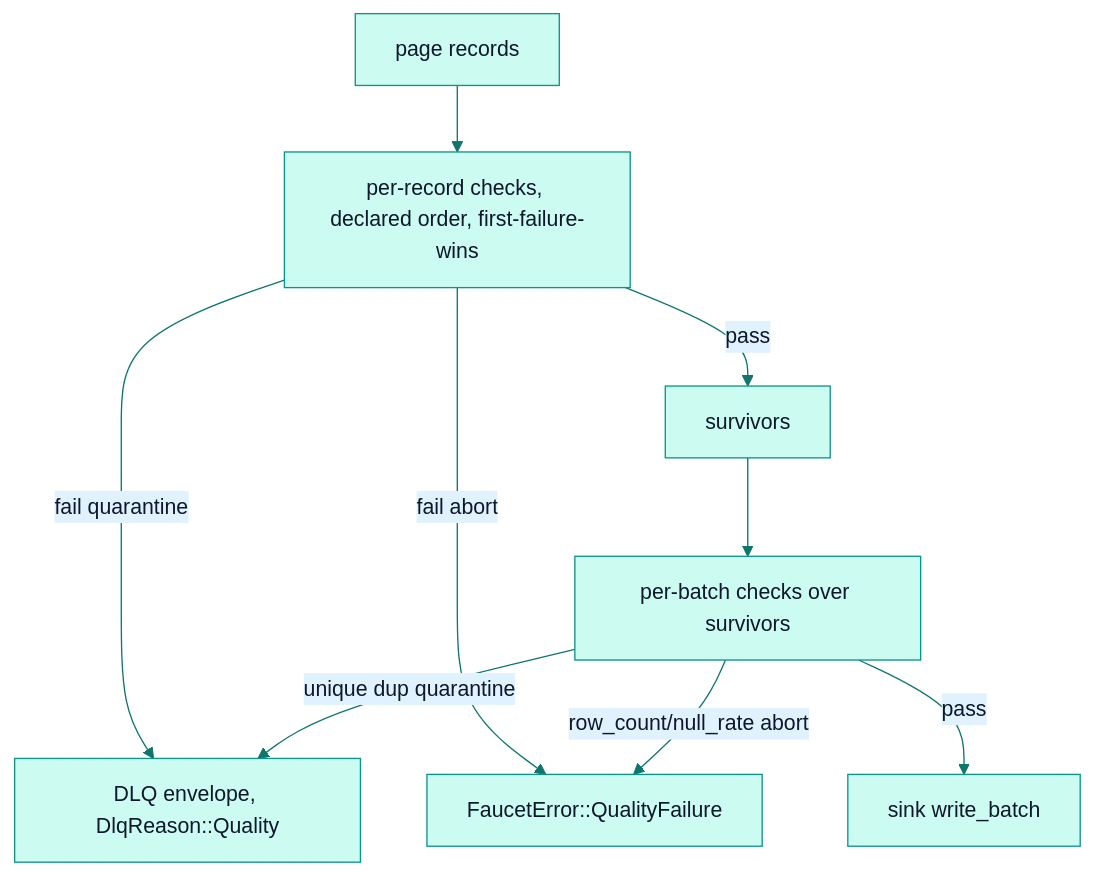
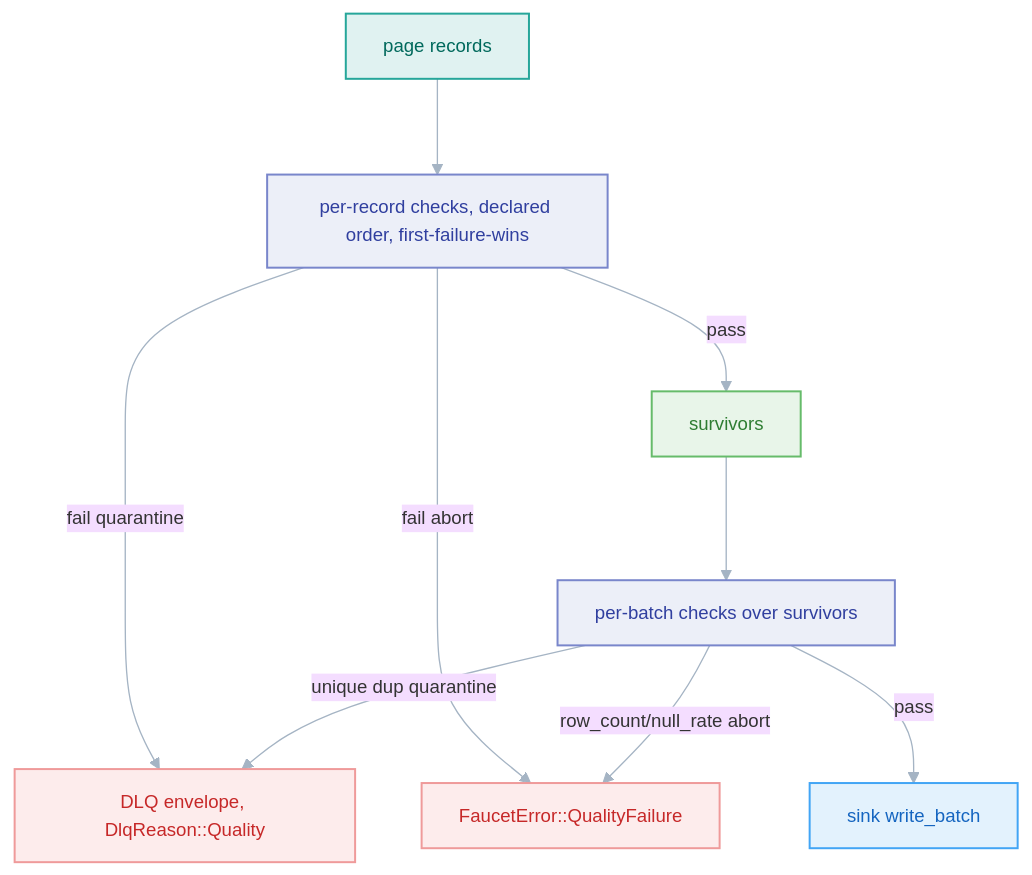
The diagram in docs/architecture/quality.md (PawanSikawat/faucet-stream), drawn with Mermaid before and after one commit. The commit also changed 28 other files, not shown here.

First line of the commit message:
docs: upgrade Mermaid diagrams to V2 role-coded style

````diff
--- a/docs/architecture/quality.md
+++ b/docs/architecture/quality.md
@@ -36,12 +36,22 @@
 ```mermaid
-%%{init: {'theme':'base','themeVariables':{'primaryColor':'#ccfbf1','primaryTextColor':'#0f172a','primaryBorderColor':'#0d9488','lineColor':'#0f766e','secondaryColor':'#e0f2fe','tertiaryColor':'#f0fdfa','fontFamily':'-apple-system,BlinkMacSystemFont,Segoe UI,sans-serif'}}}%%
+%%{init: {'theme':'base','flowchart':{'curve':'basis','nodeSpacing':50,'rankSpacing':72,'padding':14},'themeVariables':{'fontFamily':'-apple-system,BlinkMacSystemFont,Segoe UI,sans-serif','fontSize':'14px','lineColor':'#a5b4c4','clusterBkg':'#f8fafc','clusterBorder':'#e2e8f0'}}}%%
 flowchart TD
     PG[page records] --> RC[per-record checks, declared order, first-failure-wins]
     RC -->|pass| SUR[survivors]
     RC -->|fail quarantine| DLQ[DLQ envelope, DlqReason::Quality]
     RC -->|fail abort| ERR[FaucetError::QualityFailure]
     SUR --> BC[per-batch checks over survivors]
     BC -->|unique dup quarantine| DLQ
     BC -->|row_count/null_rate abort| ERR
     BC -->|pass| WR[sink write_batch]
+    classDef src fill:#e0f2f1,stroke:#26a69a,stroke-width:1.5px,color:#00695c
+    classDef proc fill:#eceff8,stroke:#7986cb,stroke-width:1.5px,color:#303f9f
+    classDef good fill:#e8f5e9,stroke:#66bb6a,stroke-width:1.5px,color:#2e7d32
+    classDef bad fill:#fdecec,stroke:#ef9a9a,stroke-width:1.5px,color:#c62828
+    classDef sink fill:#e3f2fd,stroke:#42a5f5,stroke-width:1.5px,color:#1565c0
+    class PG src
+    class RC,BC proc
+    class SUR good
+    class DLQ,ERR bad
+    class WR sink
 ```
````
